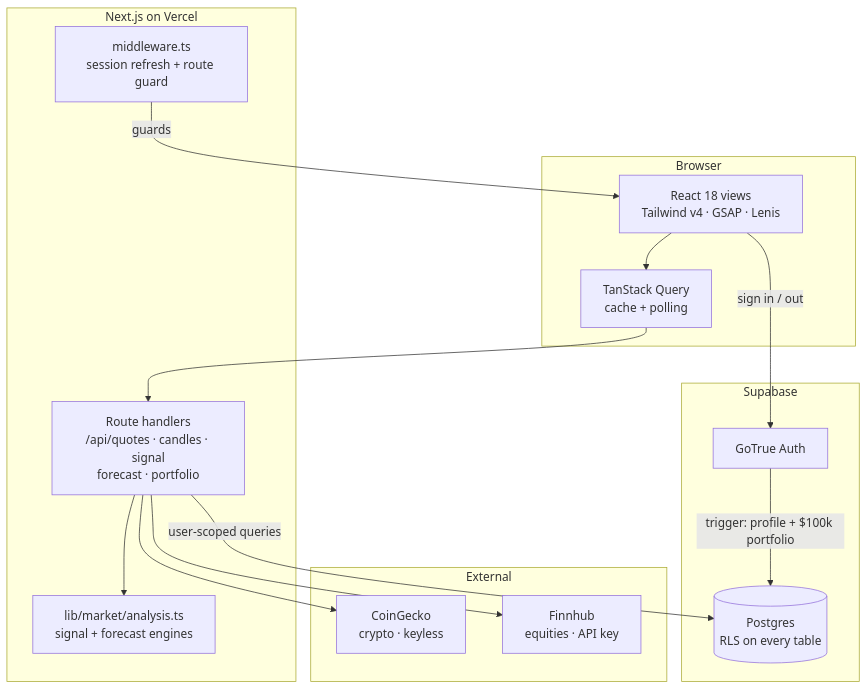
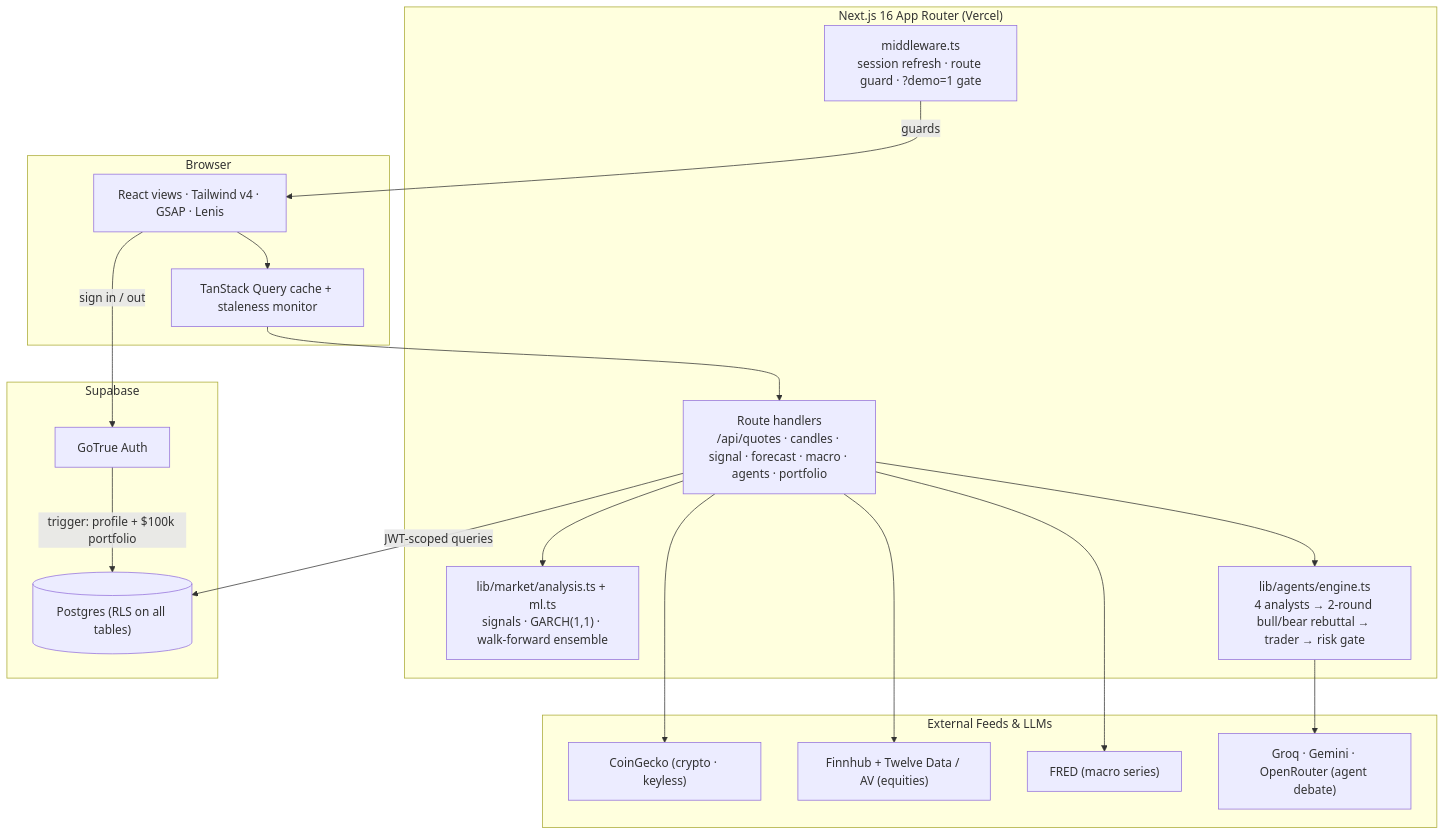
One commit to VenkataVinesh/Veltrix changed the diagram in README.md. Above: the diagram before and after it, drawn with Mermaid. The commit also changed other lines of this file and 1 other file, not shown here.

First line of the commit message:
docs: add docs/DECISIONS.md and update README architecture and benchmark tables

````diff
--- a/README.md
+++ b/README.md
@@ -63,32 +56,38 @@
 ```mermaid
 flowchart TD
     subgraph Client["Browser"]
-        UI["React 18 views<br/>Tailwind v4 · GSAP · Lenis"]
-        RQ["TanStack Query<br/>cache + polling"]
+        UI["React views · Tailwind v4 · GSAP · Lenis"]
+        RQ["TanStack Query cache + staleness monitor"]
     end
 
-    subgraph Edge["Next.js on Vercel"]
-        MW["middleware.ts<br/>session refresh + route guard"]
-        API["Route handlers<br/>/api/quotes · candles · signal<br/>forecast · portfolio"]
-        ENG["lib/market/analysis.ts<br/>signal + forecast engines"]
+    subgraph Edge["Next.js 16 App Router (Vercel)"]
+        MW["middleware.ts<br/>session refresh · route guard · ?demo=1 gate"]
+        API["Route handlers<br/>/api/quotes · candles · signal · forecast · macro · agents · portfolio"]
+        ENG["lib/market/analysis.ts + ml.ts<br/>signals · GARCH(1,1) · walk-forward ensemble"]
+        AG["lib/agents/engine.ts<br/>4 analysts → 2-round bull/bear rebuttal → trader → risk gate"]
     end
 
-    subgraph Data["External"]
-        CG["CoinGecko<br/>crypto · keyless"]
-        FH["Finnhub<br/>equities · API key"]
+    subgraph Data["External Feeds & LLMs"]
+        CG["CoinGecko (crypto · keyless)"]
+        TD["Finnhub + Twelve Data / AV (equities)"]
+        FRED["FRED (macro series)"]
+        LLM["Groq · Gemini · OpenRouter (agent debate)"]
     end
 
     subgraph DB["Supabase"]
         AUTH["GoTrue Auth"]
-        PG[("Postgres<br/>RLS on every table")]
+        PG[("Postgres (RLS on all tables)")]
     end
 
     UI --> RQ --> API
     UI -->|"sign in / out"| AUTH
     MW -->|guards| UI
     API --> ENG
+    API --> AG
     API --> CG
-    API --> FH
-    API -->|"user-scoped queries"| PG
+    API --> TD
+    API --> FRED
+    AG --> LLM
+    API -->|"JWT-scoped queries"| PG
     AUTH -->|"trigger: profile + $100k portfolio"| PG
 ```
````
